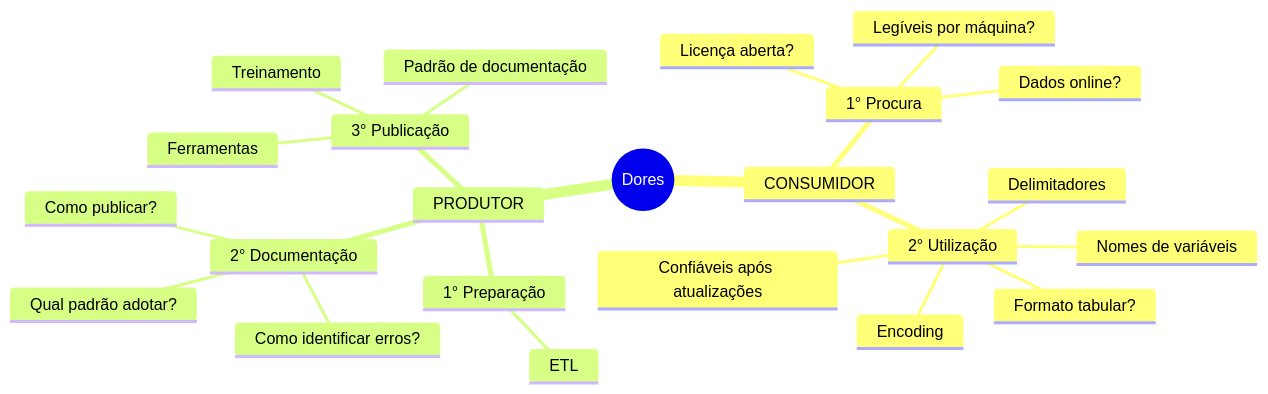
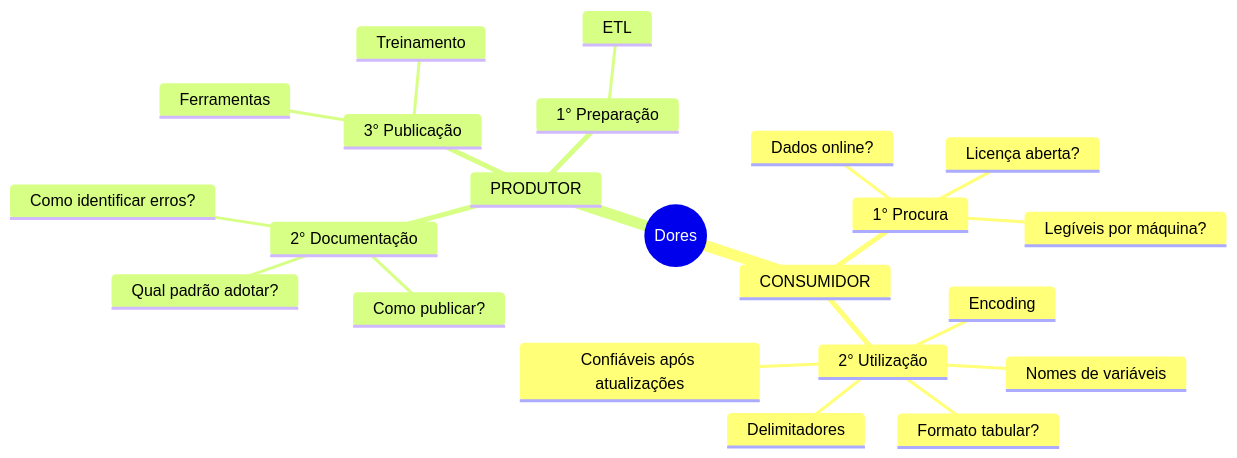
The first of 2 diagrams in presentations/20230804_minas_de_dados_overview_dta/index.md (transparencia-mg/reveal.js), drawn with Mermaid before and after one commit. The commit also changed other lines of this file, not shown here.

````diff
--- a/presentations/20230804_minas_de_dados_overview_dta/index.md
+++ b/presentations/20230804_minas_de_dados_overview_dta/index.md
@@ -30,26 +32,25 @@
 ```mermaid
 mindmap
   root((Dores))
     CONSUMIDOR
       1° Procura
         Dados online?
         Licença aberta?
         Legíveis por máquina?
       2° Utilização
         Formato tabular?
         Nomes de variáveis
         Encoding
         Delimitadores
         Confiáveis após atualizações
     PRODUTOR
       1° Preparação
         ETL
       2° Documentação
         Qual padrão adotar?
         Como identificar erros?
         Como publicar?
       3° Publicação
         Ferramentas
         Treinamento
-        Padrão de documentação
 ```
````
